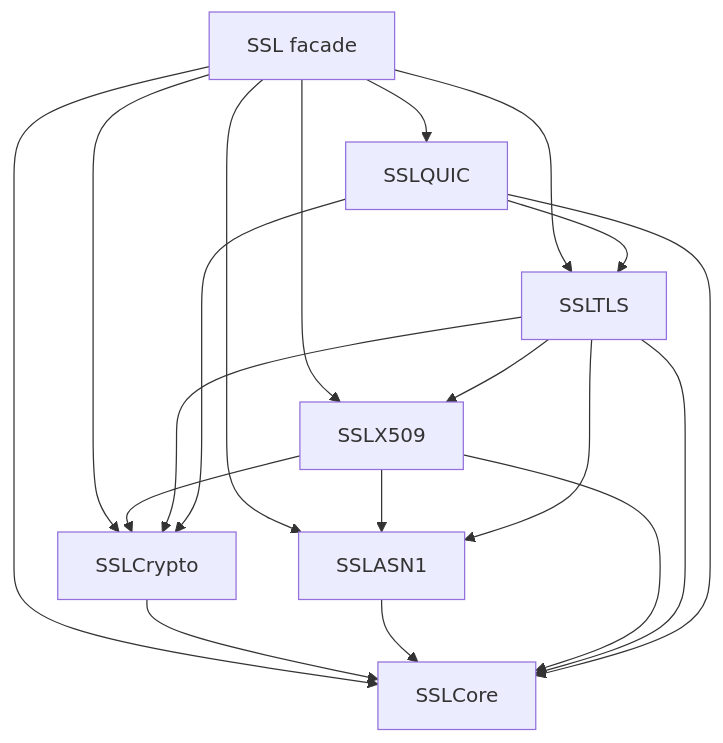
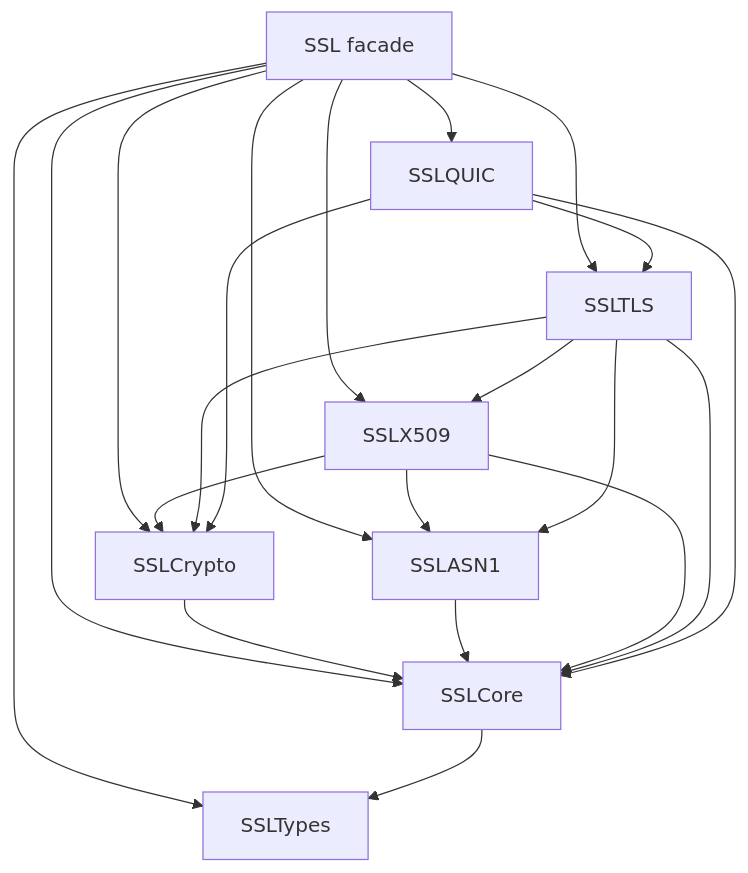
The diagram in docs/adr/0052-ssl-module-naming.md (1amageek/swift-ssl), drawn with Mermaid before and after one commit. The commit also changed other lines of this file and 197 other files, not shown here.

````diff
--- a/docs/adr/0052-ssl-module-naming.md
+++ b/docs/adr/0052-ssl-module-naming.md
@@ -30,21 +31,23 @@
 ```mermaid
 flowchart TD
     Facade["SSL facade"] --> Core["SSLCore"]
+    Facade --> Types["SSLTypes"]
     Facade --> Crypto["SSLCrypto"]
     Facade --> ASN1["SSLASN1"]
     Facade --> X509["SSLX509"]
     Facade --> TLS["SSLTLS"]
     Facade --> QUIC["SSLQUIC"]
     Crypto --> Core
+    Core --> Types
     ASN1 --> Core
     X509 --> Core
     X509 --> Crypto
     X509 --> ASN1
     TLS --> Core
     TLS --> Crypto
     TLS --> ASN1
     TLS --> X509
     QUIC --> Core
     QUIC --> Crypto
     QUIC --> TLS
 ```
````
